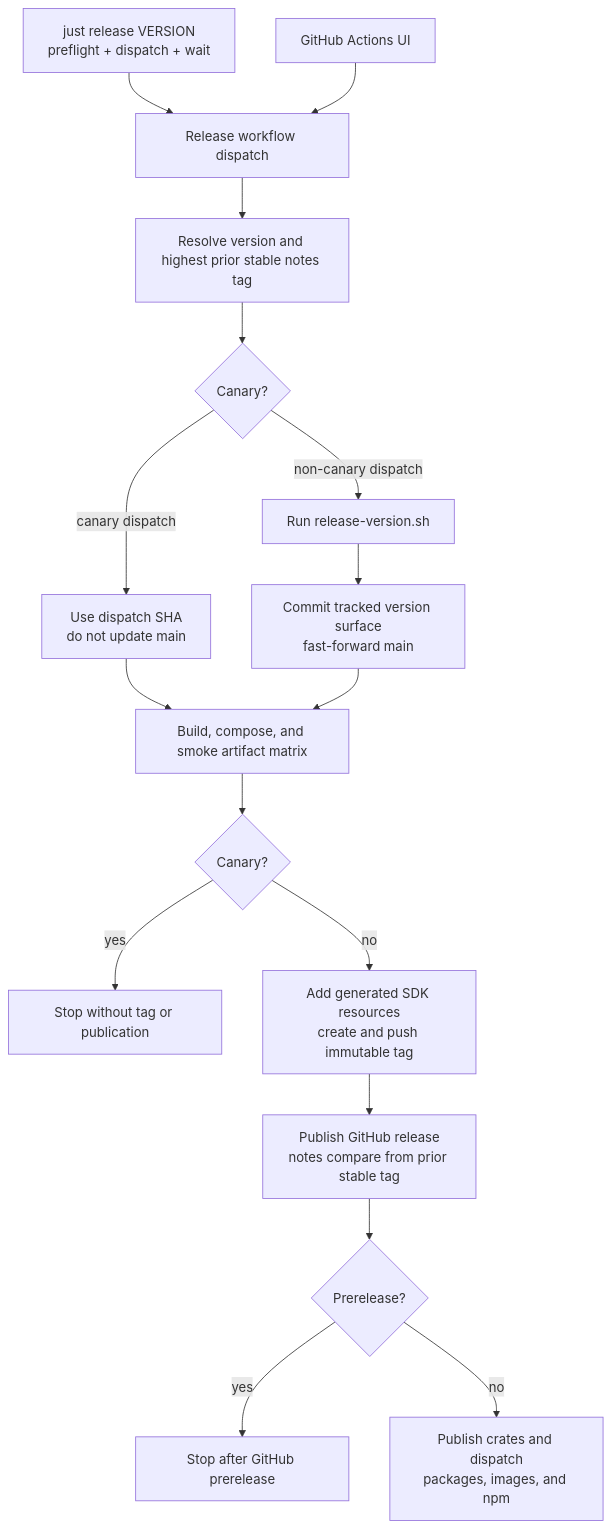
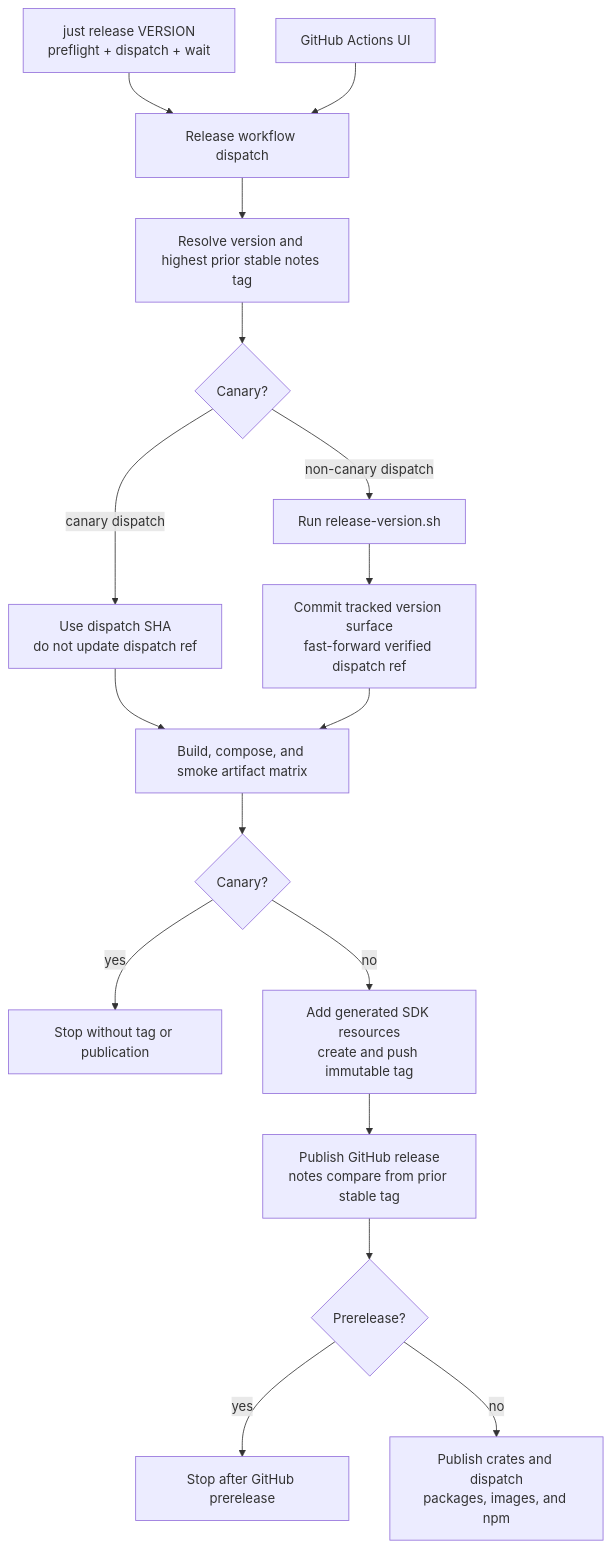
The first of 2 diagrams in ci/ci.md (Mesh-LLM/mesh-llm), drawn with Mermaid before and after one commit. The commit also changed other lines of this file and 5 other files, not shown here.

````diff
--- a/ci/ci.md
+++ b/ci/ci.md
@@ -215,19 +219,19 @@
 ```mermaid
 flowchart TD
     JUST["just release VERSION<br/>preflight + dispatch + wait"] --> DISPATCH["Release workflow dispatch"]
     UI["GitHub Actions UI"] --> DISPATCH
     DISPATCH --> META["Resolve version and highest prior stable notes tag"]
     META --> PATH{"Canary?"}
-    PATH -- "canary dispatch" --> CANARY["Use dispatch SHA<br/>do not update main"]
+    PATH -- "canary dispatch" --> CANARY["Use dispatch SHA<br/>do not update dispatch ref"]
     PATH -- "non-canary dispatch" --> BUMP["Run release-version.sh"]
-    BUMP --> VERSION_COMMIT["Commit tracked version surface<br/>fast-forward main"]
+    BUMP --> VERSION_COMMIT["Commit tracked version surface<br/>fast-forward verified dispatch ref"]
     CANARY --> BUILD["Build, compose, and smoke artifact matrix"]
     VERSION_COMMIT --> BUILD
     BUILD --> PUBLISHABLE{"Canary?"}
     PUBLISHABLE -- "yes" --> CANARY_DONE["Stop without tag or publication"]
     PUBLISHABLE -- "no" --> PREPARE_TAG["Add generated SDK resources<br/>create and push immutable tag"]
     PREPARE_TAG --> RELEASE["Publish GitHub release<br/>notes compare from prior stable tag"]
     RELEASE --> KIND{"Prerelease?"}
     KIND -- "yes" --> RC_DONE["Stop after GitHub prerelease"]
     KIND -- "no" --> DOWNSTREAM["Publish crates and dispatch<br/>packages, images, and npm"]
 ```
````
